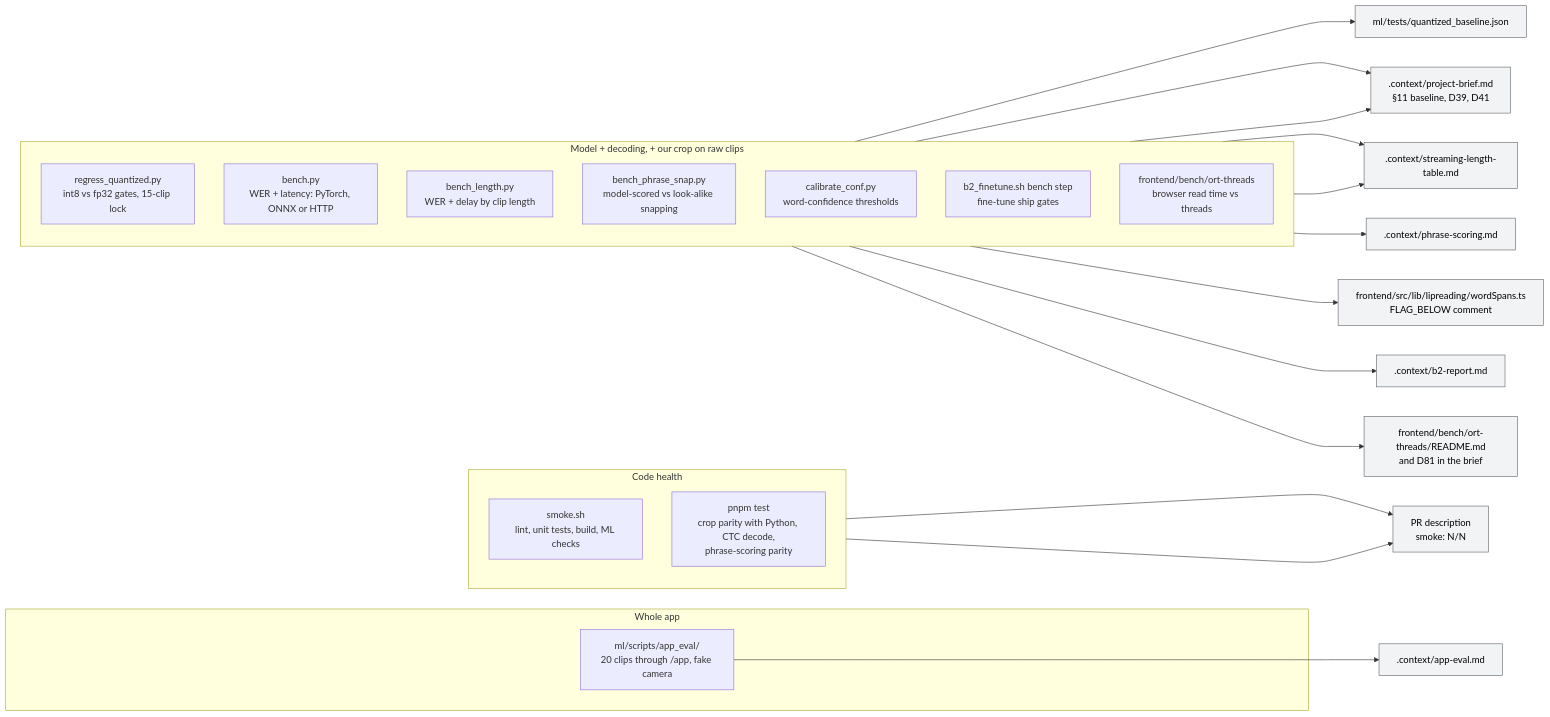
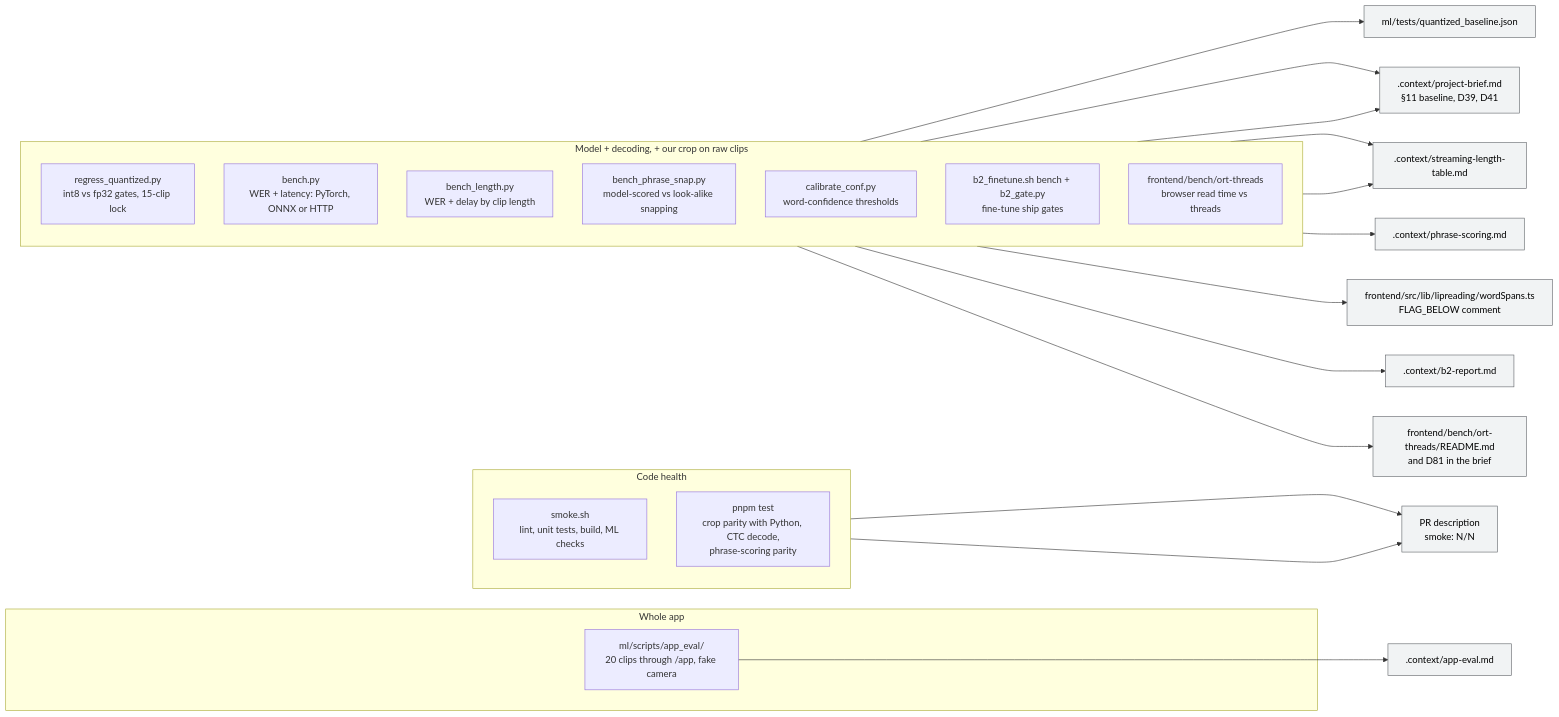
The diagram in docs/architecture/eval.md (LMSAIH/stormhacks2026), drawn with Mermaid before and after one commit. The commit also changed other lines of this file and 4 other files, not shown here.

First line of the commit message:
docs(b2): follow-up on options 1-3 with eval v2; D90; diagrams show what ships

````diff
--- a/docs/architecture/eval.md
+++ b/docs/architecture/eval.md
@@ -8,47 +8,47 @@
 ```mermaid
 flowchart LR
   subgraph code["Code health"]
     direction TB
     smoke["smoke.sh<br/>lint, unit tests, build, ML checks"]
     vitest["pnpm test<br/>crop parity with Python, CTC decode,<br/>phrase-scoring parity"]
   end
   subgraph model["Model + decoding, + our crop on raw clips"]
     direction TB
     reg["regress_quantized.py<br/>int8 vs fp32 gates, 15-clip lock"]
     bench["bench.py<br/>WER + latency: PyTorch, ONNX or HTTP"]
     length["bench_length.py<br/>WER + delay by clip length"]
     snapb["bench_phrase_snap.py<br/>model-scored vs look-alike snapping"]
     cal["calibrate_conf.py<br/>word-confidence thresholds"]
-    b2["b2_finetune.sh bench step<br/>fine-tune ship gates"]
+    b2["b2_finetune.sh bench + b2_gate.py<br/>fine-tune ship gates"]
     threads["frontend/bench/ort-threads<br/>browser read time vs threads"]
   end
   subgraph whole["Whole app"]
     appeval["ml/scripts/app_eval/<br/>20 clips through /app, fake camera"]
   end
 
   pr["PR description<br/>smoke: N/N"]
   lock["ml/tests/quantized_baseline.json"]
   brief[".context/project-brief.md<br/>§11 baseline, D39, D41"]
   thr["frontend/bench/ort-threads/README.md<br/>and D81 in the brief"]
   lentab[".context/streaming-length-table.md"]
   ps[".context/phrase-scoring.md"]
   ws["frontend/src/lib/lipreading/wordSpans.ts<br/>FLAG_BELOW comment"]
   ae[".context/app-eval.md"]
   b2r[".context/b2-report.md"]
 
   smoke --> pr
   vitest --> pr
   reg --> lock
   reg --> brief
   bench --> brief
   bench --> lentab
   length --> lentab
   snapb --> ps
   cal --> ws
   b2 --> b2r
   threads --> thr
   appeval --> ae
 
   classDef numbers fill:#f1f3f4,stroke:#5f6368,color:#000
   class pr,lock,brief,thr,lentab,ps,ws,ae,b2r numbers
 ```
````
